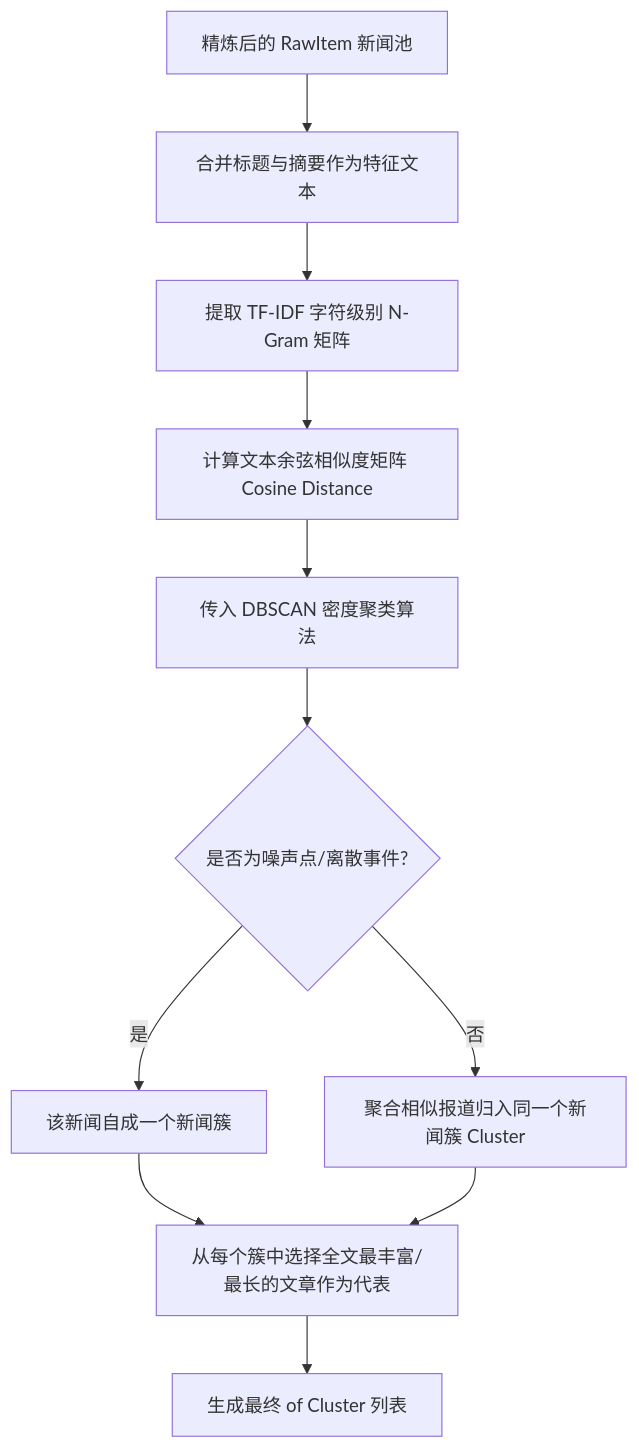
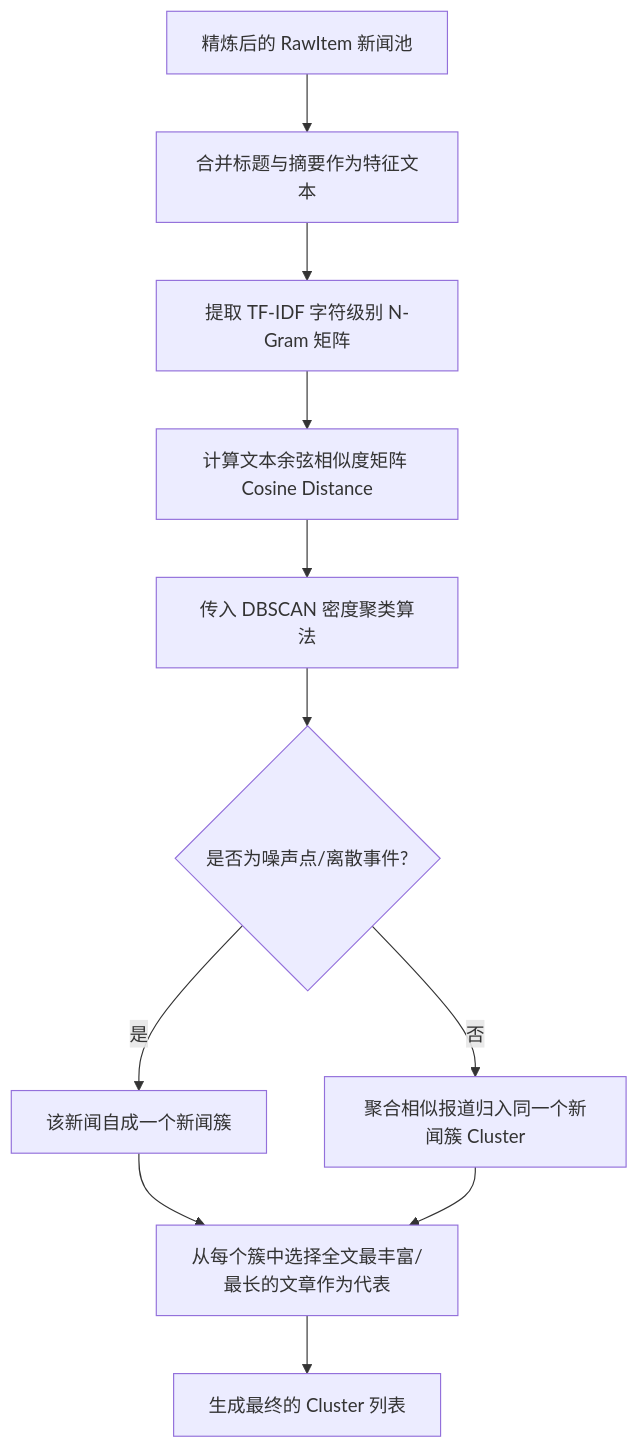
Before and after one commit to nicekai-jpg/ai-news-podcast: the third of 5 diagrams in docs/pipeline_walkthrough.md, drawn with Mermaid. The commit also changed other lines of this file, not shown here.

Commit message:
fix: resolve Mermaid parser errors by escaping special characters in flowcharts

````diff
--- a/docs/pipeline_walkthrough.md
+++ b/docs/pipeline_walkthrough.md
@@ -53,13 +53,13 @@
 ```mermaid
 graph TD
     A[精炼后的 RawItem 新闻池] --> B[合并标题与摘要作为特征文本]
     B --> C[提取 TF-IDF 字符级别 N-Gram 矩阵]
     C --> D[计算文本余弦相似度矩阵 Cosine Distance]
     D --> E[传入 DBSCAN 密度聚类算法]
     E --> F{是否为噪声点/离散事件?}
     F -->|是| G[该新闻自成一个新闻簇]
     F -->|否| H[聚合相似报道归入同一个新闻簇 Cluster]
     G --> I[从每个簇中选择全文最丰富/最长的文章作为代表]
     H --> I
-    I --> J[生成最终 of Cluster 列表]
+    I --> J[生成最终的 Cluster 列表]
 ```
````
